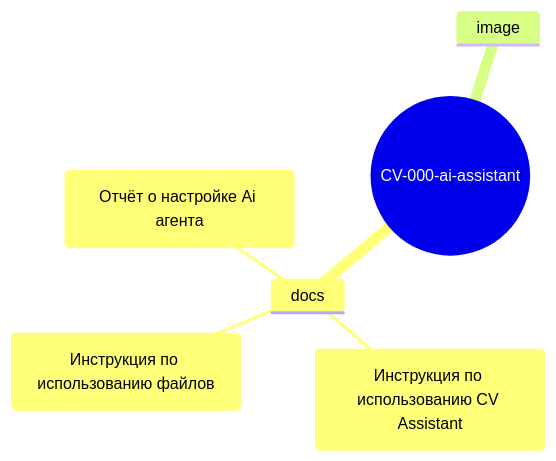
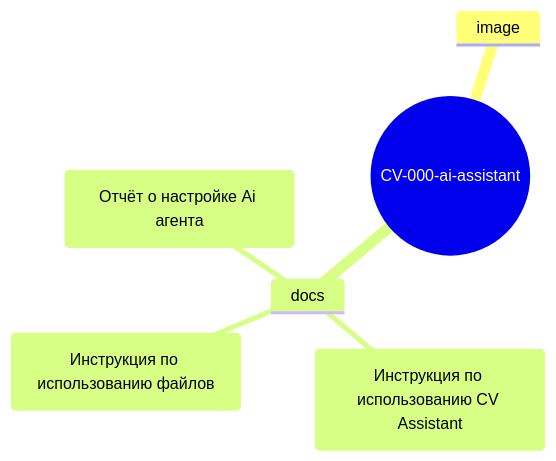
One commit to KSP-Hub/My-CV-Engineering-Projects changed the diagram in CV-000-ai-assistant/README.MD. Above: the diagram before and after it, drawn with Mermaid.

````diff
--- a/CV-000-ai-assistant/README.MD
+++ b/CV-000-ai-assistant/README.MD
@@ -133,9 +133,10 @@
 ```mermaid
 mindmap
-root((CV-000-ai-assistant))
+  root((CV-000-ai-assistant))
+    image
     docs
-        (Отчёт о настройке Ai агента)
-        (Инструкция по использованию CV Assistant)
-        (Инструкция по использованию файлов)
-    image
+      (Отчёт о настройке Ai агента)
+      (Инструкция по использованию CV Assistant)
+      (Инструкция по использованию файлов)
+    
 ```
````
